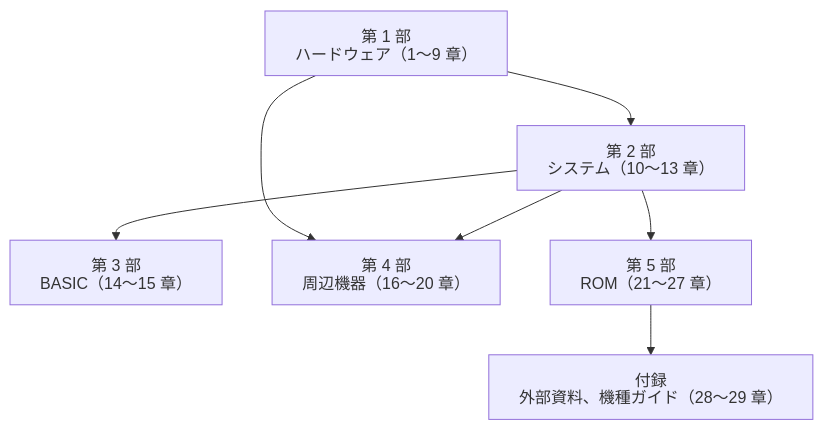
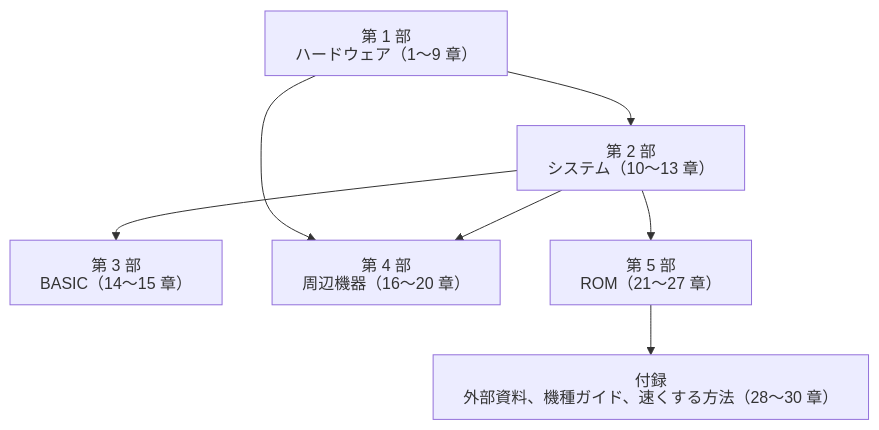
The diagram in docs/analysis/README.md (litchi-gh/pc-e500_tools), drawn with Mermaid before and after one commit. The commit also changed other lines of this file and 19 other files, not shown here.

````diff
--- a/docs/analysis/README.md
+++ b/docs/analysis/README.md
@@ -7,10 +7,10 @@
 ```mermaid
 %%{init: {"htmlLabels": false, "flowchart": {"htmlLabels": false, "wrappingWidth": 1000}}}%%
 flowchart TD
   P1["第 1 部<br>ハードウェア（1〜9 章）"] --> P2["第 2 部<br>システム（10〜13 章）"]
   P2 --> P3["第 3 部<br>BASIC（14〜15 章）"]
   P1 --> P4["第 4 部<br>周辺機器（16〜20 章）"]
   P2 --> P4
   P2 --> P5["第 5 部<br>ROM（21〜27 章）"]
-  P5 --> A["付録<br>外部資料、機種ガイド（28〜29 章）"]
+  P5 --> A["付録<br>外部資料、機種ガイド、速くする方法（28〜30 章）"]
 ```
````
